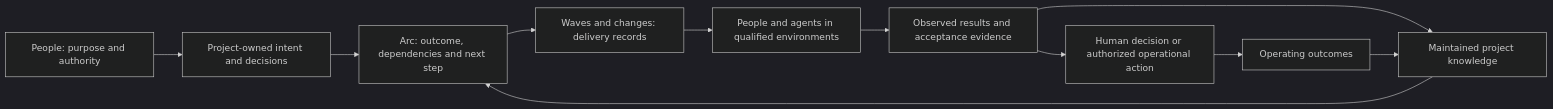
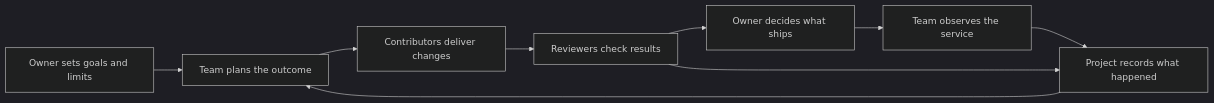
One commit to coryhacking/wavefoundry changed the diagram in VISION.md. Above: the diagram before and after it, drawn with Mermaid (dark theme). The commit also changed other lines of this file and 8 other files, not shown here.

````diff
--- a/VISION.md
+++ b/VISION.md
@@ -169,13 +100,11 @@
 ```mermaid
 flowchart LR
-    P[People: purpose and authority] --> I[Project-owned intent and decisions]
-    I --> A[Arc: outcome, dependencies and next step]
-    A --> W[Waves and changes: delivery records]
-    W --> X[People and agents in qualified environments]
-    X --> E[Observed results and acceptance evidence]
-    E --> K[Maintained project knowledge]
+    P[Owner sets goals and limits] --> A[Team plans the outcome]
+    A --> W[Contributors deliver changes]
+    W --> E[Reviewers check results]
+    E --> D[Owner decides what ships]
+    D --> O[Team observes the service]
+    O --> K[Project records what happened]
+    E --> K
     K --> A
-    E --> D[Human decision or authorized operational action]
-    D --> O[Operating outcomes]
-    O --> K
 ```
````
